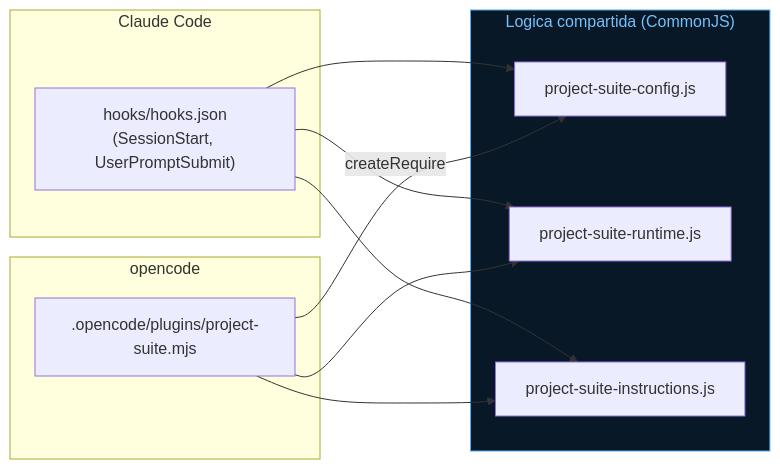
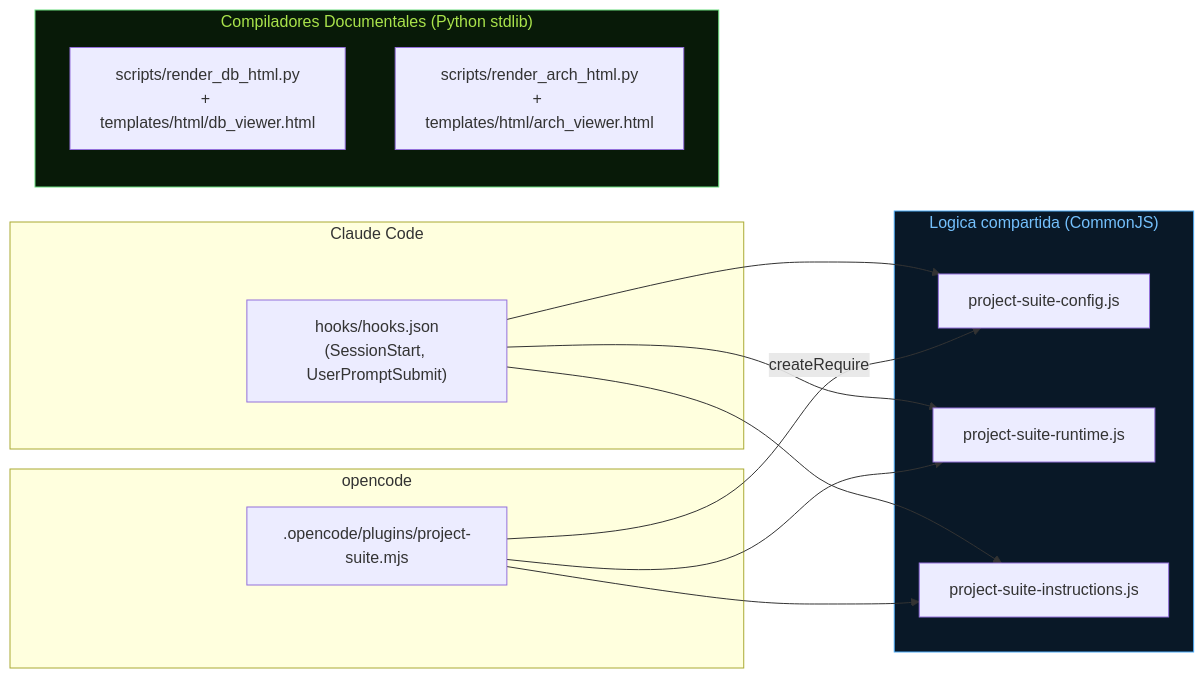
Before and after one commit to AlexPrietoRomani/project-suite: the second of 5 diagrams in docs/architecture/architecture.md, drawn with Mermaid. The commit also changed other lines of this file and 16 other files, not shown here.

````diff
--- a/docs/architecture/architecture.md
+++ b/docs/architecture/architecture.md
@@ -41,23 +42,28 @@
 ```mermaid
 flowchart LR
     subgraph CC["Claude Code"]
         HOOKSCC["hooks/hooks.json\n(SessionStart, UserPromptSubmit)"]
     end
     subgraph OC["opencode"]
         BRIDGE[".opencode/plugins/project-suite.mjs"]
     end
     subgraph SHARED["Logica compartida (CommonJS)"]
         CFG["project-suite-config.js"]
         RT["project-suite-runtime.js"]
         INSTR["project-suite-instructions.js"]
     end
+    subgraph COMP["Compiladores Documentales (Python stdlib)"]
+        RDB["scripts/render_db_html.py\n+ templates/html/db_viewer.html"]
+        RARCH["scripts/render_arch_html.py\n+ templates/html/arch_viewer.html"]
+    end
 
     HOOKSCC --> CFG
     HOOKSCC --> RT
     HOOKSCC --> INSTR
     BRIDGE -->|"createRequire"| CFG
     BRIDGE --> RT
     BRIDGE --> INSTR
 
     style SHARED fill:#091827,stroke:#4dabf7,color:#74c0fc
+    style COMP fill:#081a08,stroke:#69db7c,color:#a9e34b
 ```
````
